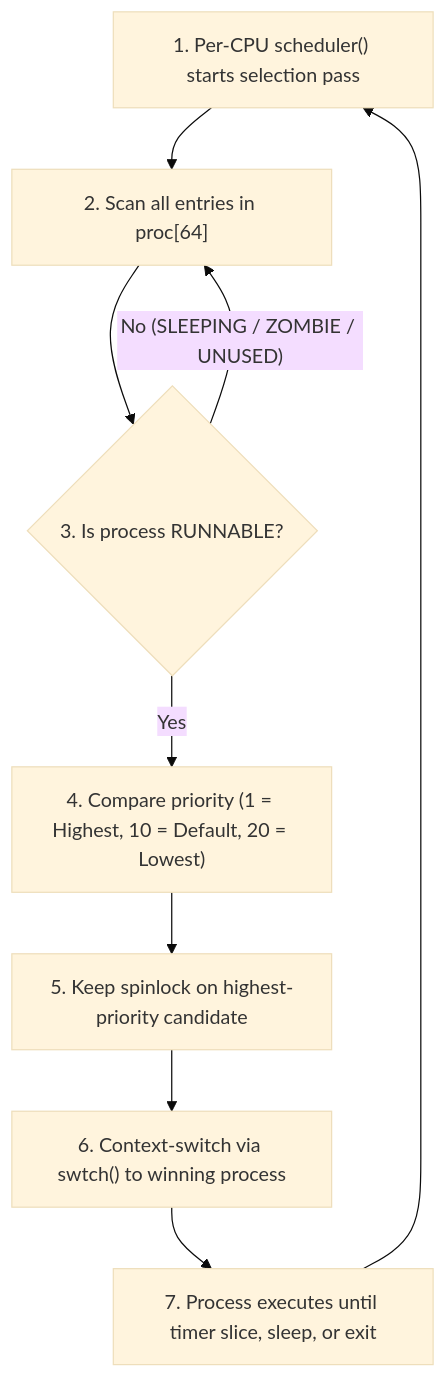
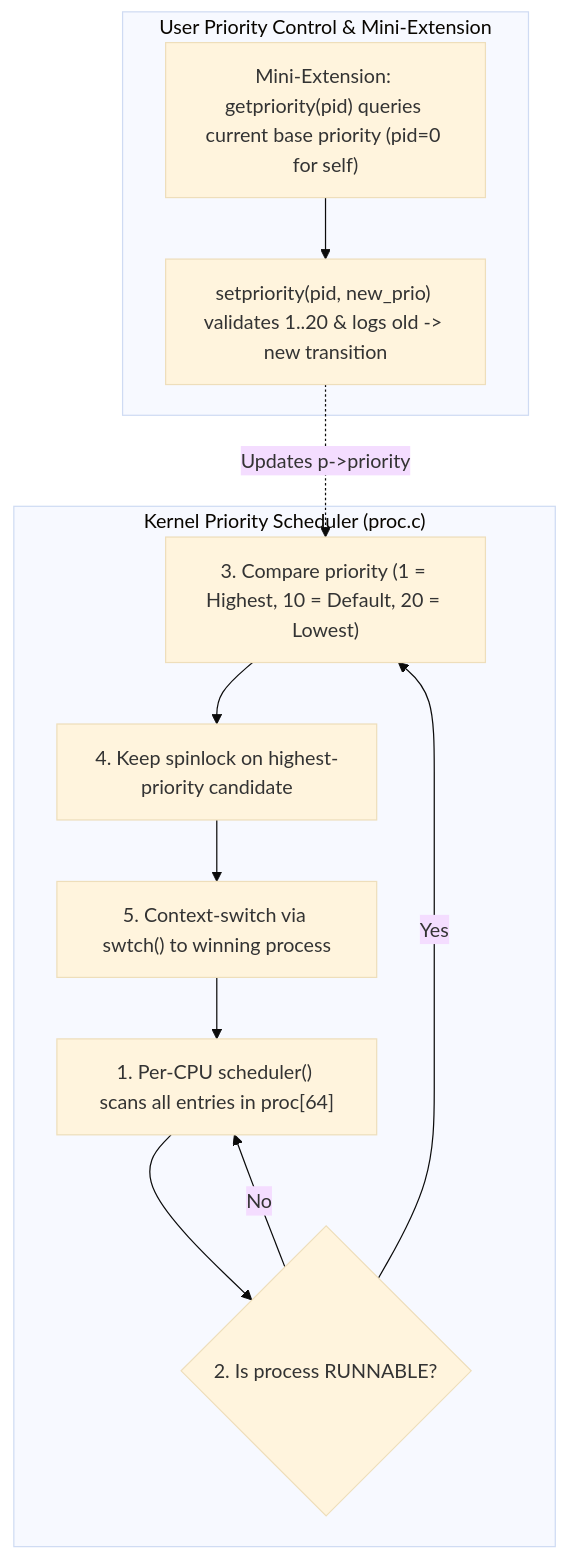
The third of 21 diagrams in README.md (asbahkhan67-ctrl/xv6-riscv), drawn with Mermaid (base theme) before and after one commit. The commit also changed other lines of this file, not shown here.

````diff
--- a/README.md
+++ b/README.md
@@ -209,11 +217,21 @@
 ```mermaid
 flowchart TD
-    S1["1. Per-CPU scheduler() starts selection pass"] --> S2["2. Scan all entries in proc[64]"]
-    S2 --> S3{"3. Is process RUNNABLE?"}
-    S3 -- "No (SLEEPING / ZOMBIE / UNUSED)" --> S2
-    S3 -- "Yes" --> S4["4. Compare priority (1 = Highest, 10 = Default, 20 = Lowest)"]
-    S4 --> S5["5. Keep spinlock on highest-priority candidate"]
-    S5 --> S6["6. Context-switch via swtch() to winning process"]
-    S6 --> S7["7. Process executes until timer slice, sleep, or exit"]
-    S7 --> S1
+    subgraph Config["User Priority Control & Mini-Extension"]
+        P_GET["Mini-Extension: getpriority(pid) queries current base priority (pid=0 for self)"]
+        P_SET["setpriority(pid, new_prio) validates 1..20 & logs old -> new transition"]
+        P_GET --> P_SET
+    end
+
+    subgraph Sched["Kernel Priority Scheduler (proc.c)"]
+        S1["1. Per-CPU scheduler() scans all entries in proc[64]"]
+        S2{"2. Is process RUNNABLE?"}
+        S3["3. Compare priority (1 = Highest, 10 = Default, 20 = Lowest)"]
+        S4["4. Keep spinlock on highest-priority candidate"]
+        S5["5. Context-switch via swtch() to winning process"]
+    end
+
+    P_SET -. "Updates p->priority" .-> S3
+    S1 --> S2
+    S2 -- "No" --> S1
+    S2 -- "Yes" --> S3 --> S4 --> S5 --> S1
 ```
````
